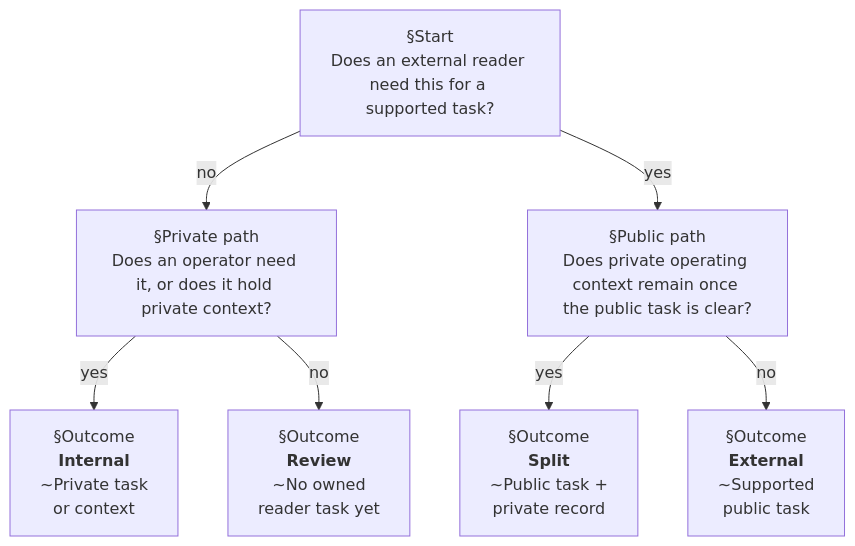
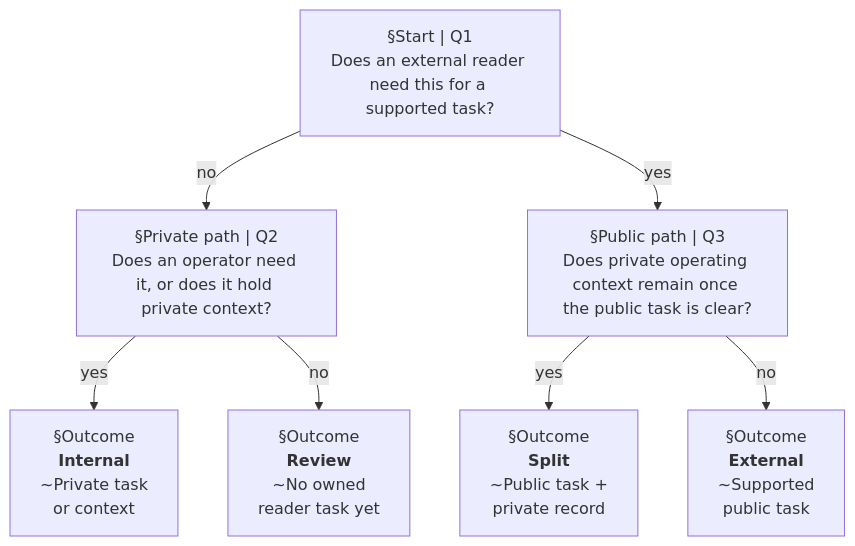
The diagram in content/diagrams/internal-vs-external-docs/documentation-placement.mmd (ninadpathak/ninadpathak), drawn with Mermaid before and after one commit. The commit also changed 56 other files, not shown here.

```diff
--- a/content/diagrams/internal-vs-external-docs/documentation-placement.mmd
+++ b/content/diagrams/internal-vs-external-docs/documentation-placement.mmd
@@ -1,36 +1,39 @@
 %% @fig 01
 %% @kicker Documentation placement
 %% @alt Documentation placement decision tree. If no external reader needs the information, keep it internal when an operator needs it or contains private context, otherwise review whether the page has a task. If an external reader needs it, split it into a public task page and a private record when private context remains, otherwise publish it externally.
-%% @caption Each path ends in internal, review, split, or external documentation.
+%% @caption Each path ends in internal, review, split, or external documentation. A split is two documents with one contract between them, not a redacted internal page.
 %% @path reader>public>split
-%% @note split | Split keeps one public task page and moves the private operating record out of it.
+%% @dim internal | review | Private readers
+%% @dim split | external | Public readers
+%% @detail split | Split documentation | Public: customer task + contract; Private: operating detail; Owners: one per side; Update: when the two disagree
+%% @detail external | External documentation | Reader: customer, partner, developer; Task: evaluate, integrate, recover; Update: interface or limit change
 %% @legend accent=Decision; outcome=Destination; hot=Both readers
 flowchart TB
-  reader["§Start
+  reader["§Start | Q1
 Does an external reader need this for a supported task?"]:::accent
-  private["§Private path
+  private["§Private path | Q2
 Does an operator need it, or does it hold private context?"]
-  public["§Public path
+  public["§Public path | Q3
 Does private operating context remain once the public task is clear?"]:::accent
   internal["`§Outcome
 **Internal**
 ~Private task
 or context`"]:::outcome
   review["`§Outcome
 **Review**
 ~No owned
 reader task yet`"]:::outcome
   split["`§Outcome
 **Split**
 ~Public task +
 private record`"]:::outcome
   external["`§Outcome
 **External**
 ~Supported
 public task`"]:::outcome
   reader -->|no| private
   reader -->|yes| public
   private -->|yes| internal
   private -->|no| review
   public -->|yes| split
   public -->|no| external
```
